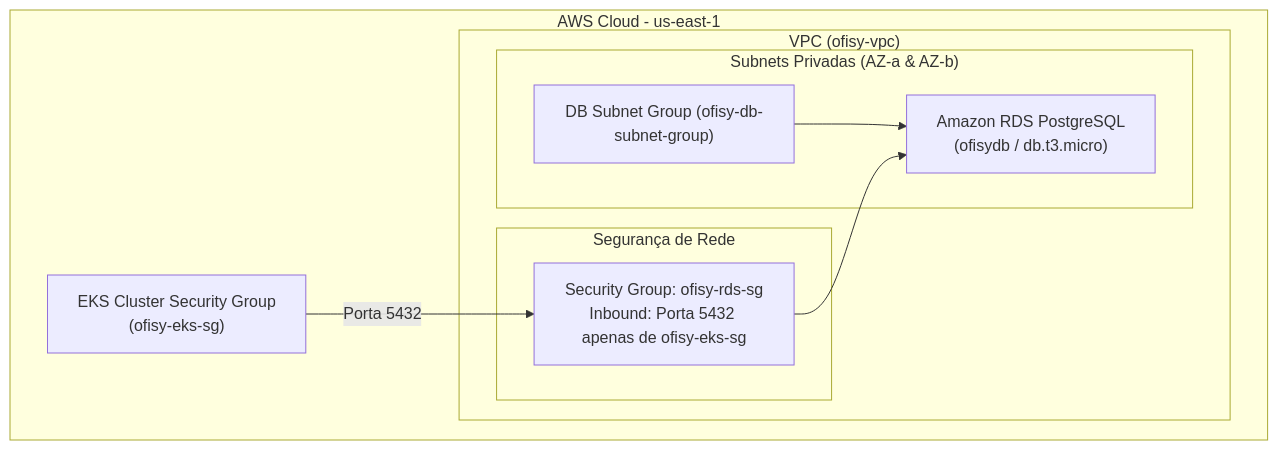
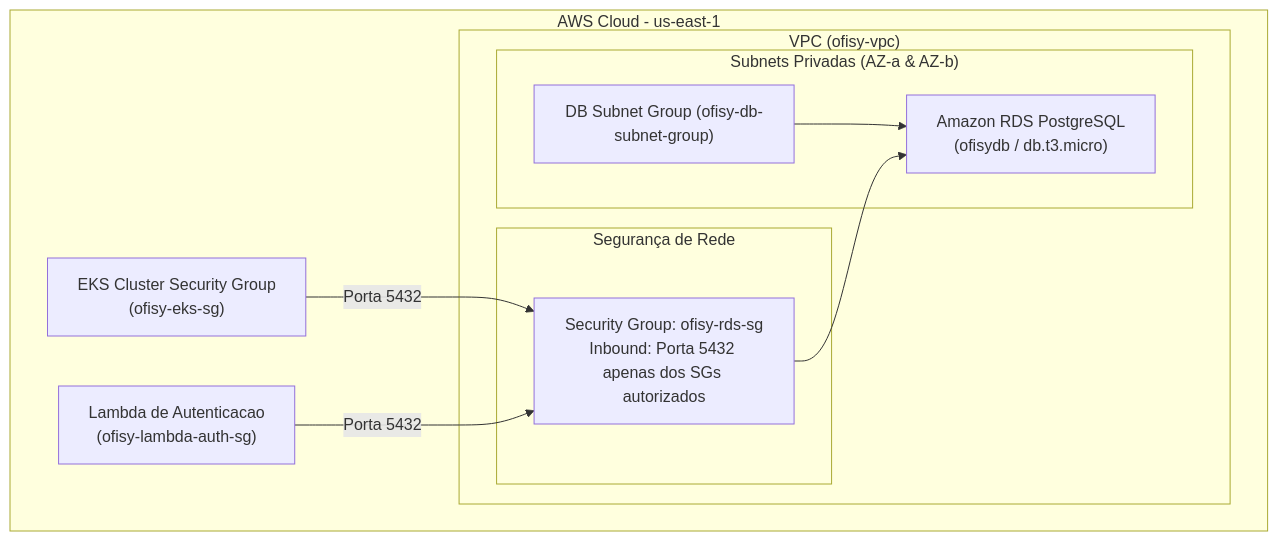
One commit to 15SOAT-FIAP/techchallenge-ofisy-rds-infra changed the first of 2 diagrams in README.md. Above: the diagram before and after it, drawn with Mermaid. The commit also changed other lines of this file, not shown here.

````diff
--- a/README.md
+++ b/README.md
@@ -46,19 +46,20 @@
 ```mermaid
 graph TD
     subgraph AWS Cloud - us-east-1
         subgraph VPC ["VPC (ofisy-vpc)"]
             subgraph PrivateSubnets ["Subnets Privadas (AZ-a & AZ-b)"]
                 DBSubnetGroup["DB Subnet Group (ofisy-db-subnet-group)"]
                 RDSInstance["Amazon RDS PostgreSQL<br/>(ofisydb / db.t3.micro)"]
                 DBSubnetGroup --> RDSInstance
             end
 
             subgraph SecurityGroups ["Segurança de Rede"]
-                RDSSG["Security Group: ofisy-rds-sg<br/>Inbound: Porta 5432 apenas de ofisy-eks-sg"]
+                RDSSG["Security Group: ofisy-rds-sg<br/>Inbound: Porta 5432 apenas dos SGs autorizados"]
             end
         end
 
         EKSSG["EKS Cluster Security Group<br/>(ofisy-eks-sg)"] -->|Porta 5432| RDSSG
+        LambdaSG["Lambda de Autenticacao<br/>(ofisy-lambda-auth-sg)"] -->|Porta 5432| RDSSG
         RDSSG --> RDSInstance
     end
 ```
````
